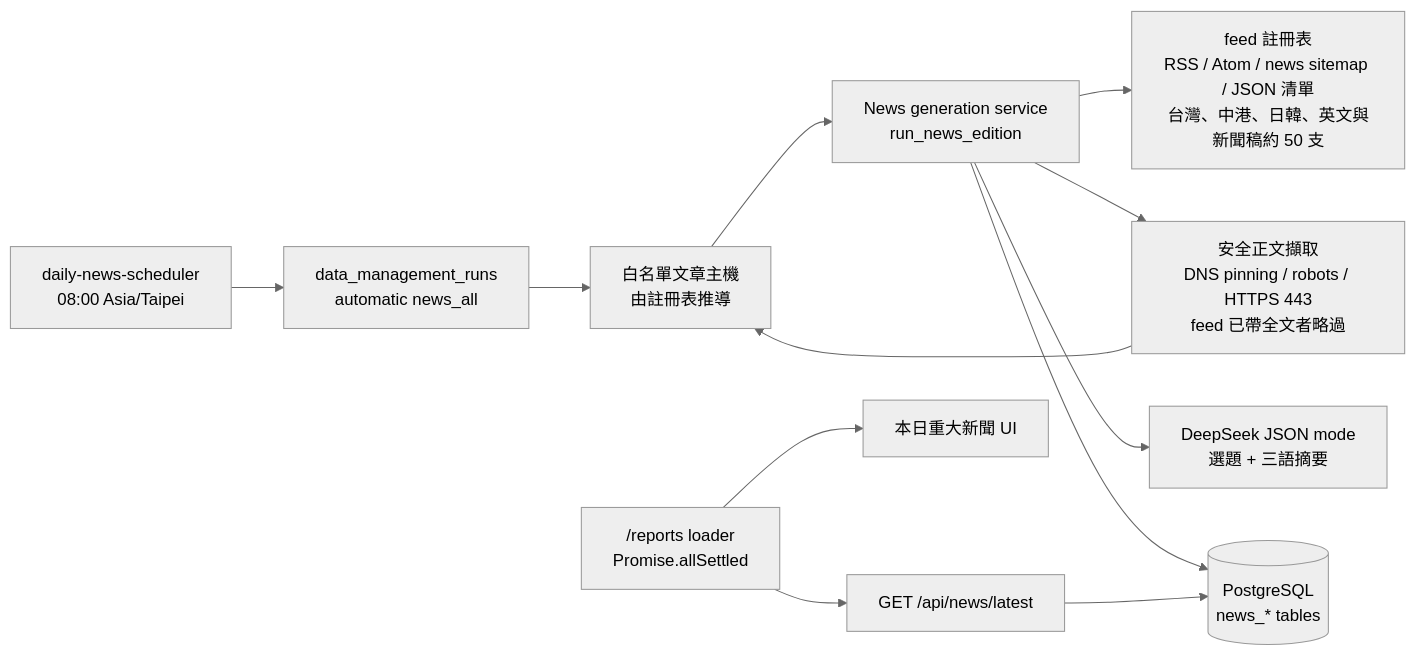
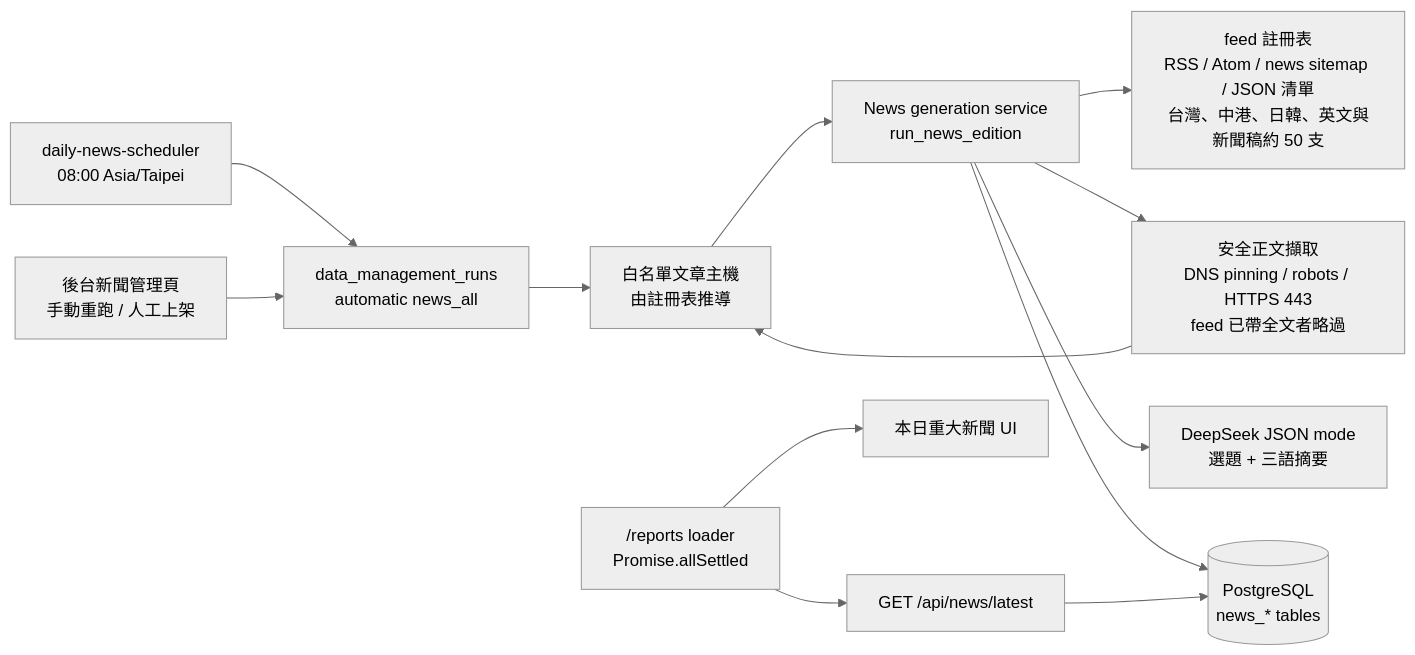
The diagram in docs/architecture/daily-news.md (FPI-TW/daily-insights), drawn with Mermaid (neutral theme) before and after one commit. The commit also changed other lines of this file and 81 other files, not shown here.

````diff
--- a/docs/architecture/daily-news.md
+++ b/docs/architecture/daily-news.md
@@ -24,14 +26,15 @@
 ```mermaid
 flowchart LR
     S["daily-news-scheduler<br/>08:00 Asia/Taipei"] --> Q["data_management_runs<br/>automatic news_all"]
     Q --> W["data-management-worker"]
     W --> G["News generation service<br/>run_news_edition"]
+    M["後台新聞管理頁<br/>手動重跑 / 人工上架"] --> Q
     G --> F["feed 註冊表<br/>RSS / Atom / news sitemap / JSON 清單<br/>台灣、中港、日韓、英文與新聞稿約 50 支"]
     G --> X["安全正文擷取<br/>DNS pinning / robots / HTTPS 443<br/>feed 已帶全文者略過"]
     X --> W["白名單文章主機<br/>由註冊表推導"]
     G --> L["DeepSeek JSON mode<br/>選題 + 三語摘要"]
     G --> P[("PostgreSQL<br/>news_* tables")]
     R["/reports loader<br/>Promise.allSettled"] --> A["GET /api/news/latest"]
     A --> P
     R --> U["本日重大新聞 UI"]
 ```
````
